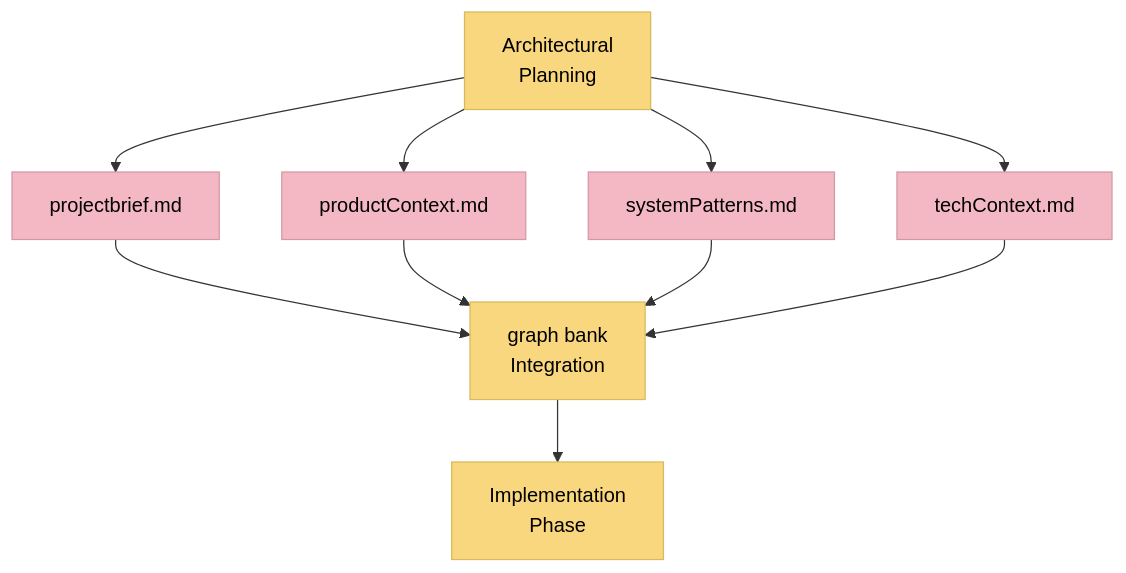
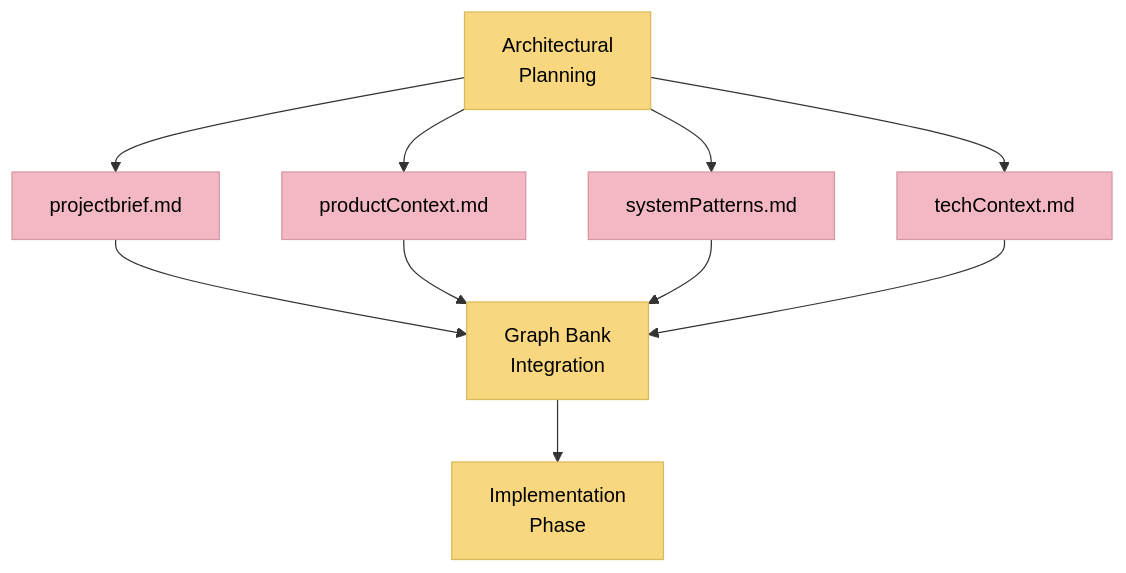
One commit to 7Spade/cursor-memory-bank changed the tenth of 10 diagrams in .cursor/rules/isolation_rules/Level4/architectural-planning.mdc. Above: the diagram before and after it, drawn with Mermaid. The commit also changed other lines of this file and 37 other files, not shown here.

Commit message:
refactor: Standardize terminology from "Memory Bank" to "Graph Bank" across all files, ensuring consistency in documentation and improving clarity in the system's architecture and processes

````diff
--- a/.cursor/rules/isolation_rules/Level4/architectural-planning.mdc
+++ b/.cursor/rules/isolation_rules/Level4/architectural-planning.mdc
@@ -663,16 +663,16 @@
 ```mermaid
 flowchart TD
     classDef memfile fill:#f4b8c4,stroke:#d498a4,color:#000
     classDef process fill:#f9d77e,stroke:#d9b95c,color:#000
     
     Architecture[Architectural<br>Planning] --> PB[projectbrief.md]
     Architecture --> PC[productContext.md]
     Architecture --> SP[systemPatterns.md]
     Architecture --> TC[techContext.md]
     
-    PB & PC & SP & TC --> MBI[graph bank<br>Integration]
+    PB & PC & SP & TC --> MBI[Graph Bank<br>Integration]
     MBI --> Next[Implementation<br>Phase]
     
     class PB,PC,SP,TC memfile
     class Architecture,MBI,Next process
 ```
````
